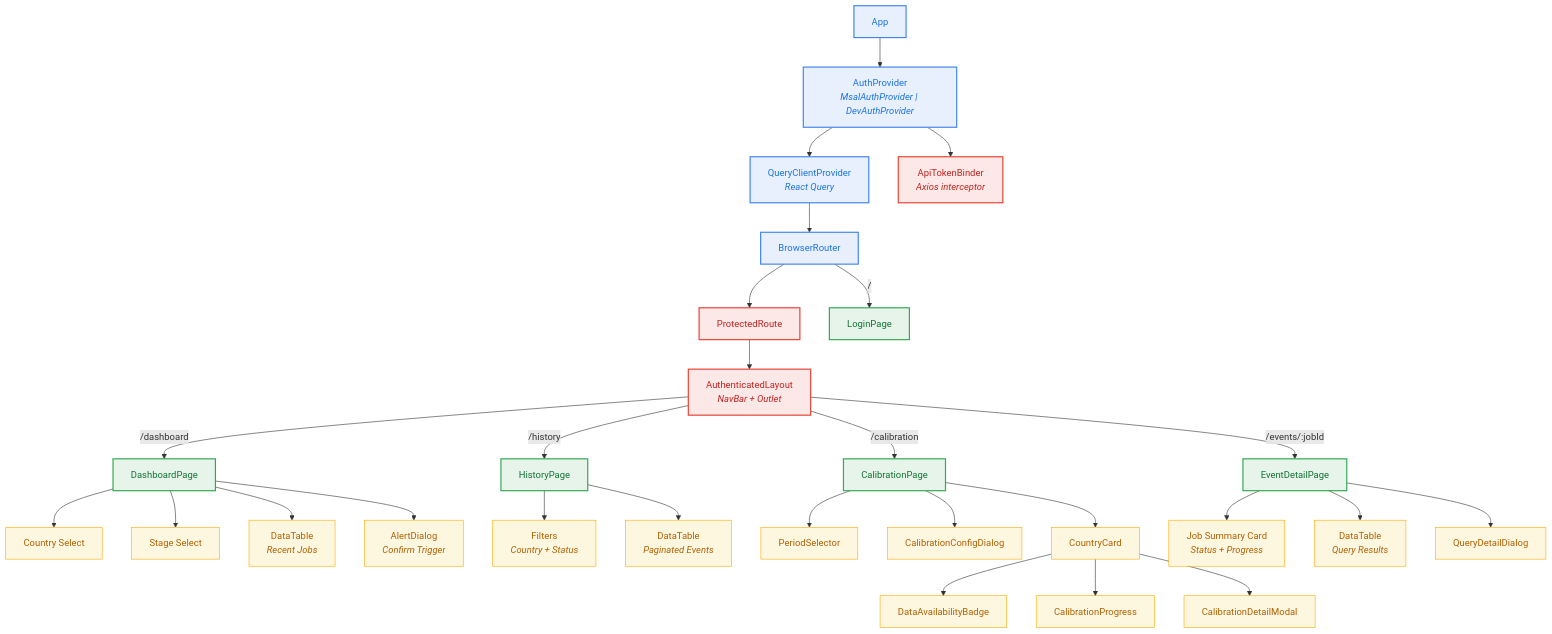
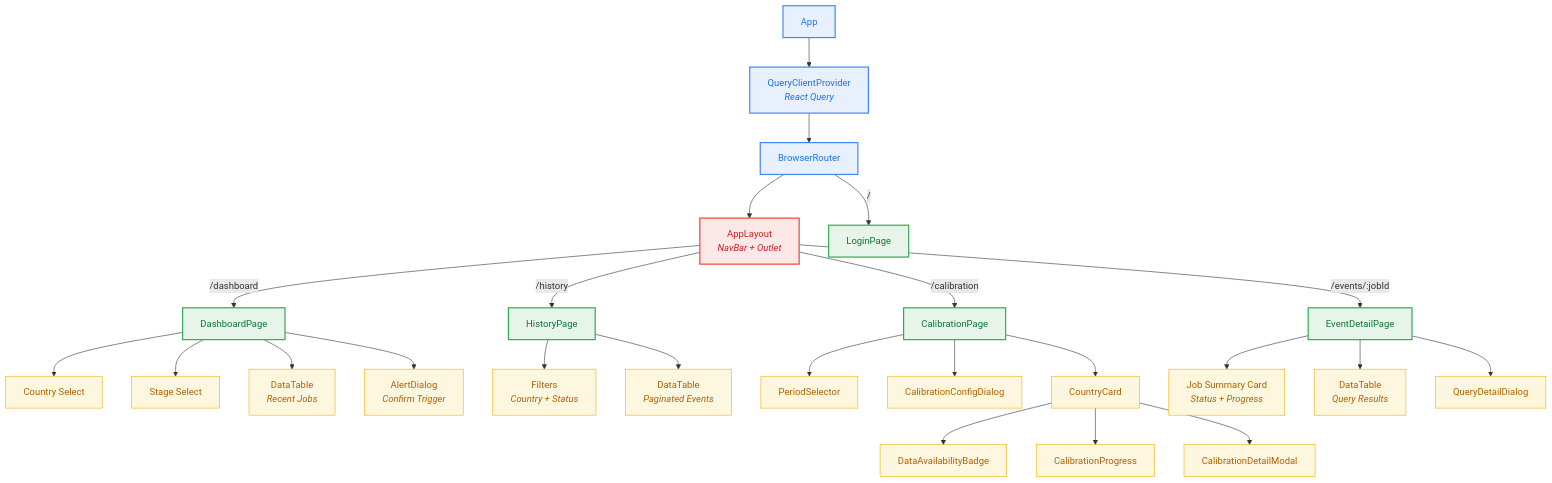
One commit to jaalduna/sql-databricks-bridge changed the first of 5 diagrams in docs/frontend-documentation.md. Above: the diagram before and after it, drawn with Mermaid. The commit also changed other lines of this file and 10 other files, not shown here.

First line of the commit message:
docs: update backend and frontend documentation, remove obsolete diagrams

````diff
--- a/docs/frontend-documentation.md
+++ b/docs/frontend-documentation.md
@@ -106,80 +100,74 @@
 ```mermaid
 flowchart TD
     App["App"]
-    Auth["AuthProvider<br/><i>MsalAuthProvider | DevAuthProvider</i>"]
     QCP["QueryClientProvider<br/><i>React Query</i>"]
     BR["BrowserRouter"]
-    PR["ProtectedRoute"]
-    AL["AuthenticatedLayout<br/><i>NavBar + Outlet</i>"]
-    ATB["ApiTokenBinder<br/><i>Axios interceptor</i>"]
+    AL["AppLayout<br/><i>NavBar + Outlet</i>"]
 
     LP["LoginPage"]
     DP["DashboardPage"]
     HP["HistoryPage"]
     CP["CalibrationPage"]
     EDP["EventDetailPage"]
 
     DP_CS["Country Select"]
     DP_SS["Stage Select"]
     DP_DT["DataTable<br/><i>Recent Jobs</i>"]
     DP_AD["AlertDialog<br/><i>Confirm Trigger</i>"]
 
     HP_FLT["Filters<br/><i>Country + Status</i>"]
     HP_DT["DataTable<br/><i>Paginated Events</i>"]
 
     CP_PS["PeriodSelector"]
     CP_CFG["CalibrationConfigDialog"]
     CP_CC["CountryCard"]
 
     CC_DAB["DataAvailabilityBadge"]
     CC_CP["CalibrationProgress"]
     CC_CDM["CalibrationDetailModal"]
 
     EDP_SC["Job Summary Card<br/><i>Status + Progress</i>"]
     EDP_DT["DataTable<br/><i>Query Results</i>"]
     EDP_QD["QueryDetailDialog"]
 
-    App --> Auth
-    Auth --> ATB
-    Auth --> QCP
+    App --> QCP
     QCP --> BR
 
     BR -->|"/"| LP
-    BR --> PR
-    PR --> AL
+    BR --> AL
 
     AL -->|"/dashboard"| DP
     AL -->|"/history"| HP
     AL -->|"/calibration"| CP
     AL -->|"/events/:jobId"| EDP
 
     DP --> DP_CS
     DP --> DP_SS
     DP --> DP_DT
     DP --> DP_AD
 
     HP --> HP_FLT
     HP --> HP_DT
 
     CP --> CP_PS
     CP --> CP_CFG
     CP --> CP_CC
 
     CP_CC --> CC_DAB
     CP_CC --> CC_CP
     CP_CC --> CC_CDM
 
     EDP --> EDP_SC
     EDP --> EDP_DT
     EDP --> EDP_QD
 
     classDef provider fill:#e8f0fe,stroke:#4285f4,stroke-width:2px,color:#1a73e8
     classDef layout fill:#fce8e6,stroke:#ea4335,stroke-width:2px,color:#c5221f
     classDef page fill:#e6f4ea,stroke:#34a853,stroke-width:2px,color:#137333
     classDef component fill:#fef7e0,stroke:#f9ab00,stroke-width:1px,color:#b06000
 
-    class App,Auth,QCP,BR provider
-    class PR,AL,ATB layout
+    class App,QCP,BR provider
+    class AL layout
     class LP,DP,HP,CP,EDP page
     class DP_CS,DP_SS,DP_DT,DP_AD,HP_FLT,HP_DT,CP_PS,CP_CFG,CP_CC,CC_DAB,CC_CP,CC_CDM,EDP_SC,EDP_DT,EDP_QD component
 ```
````
